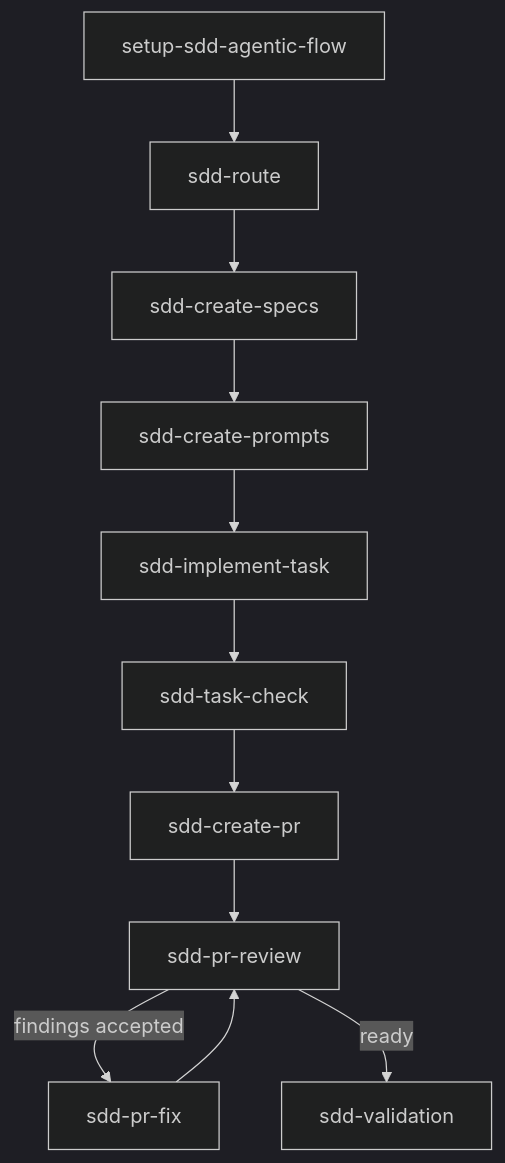
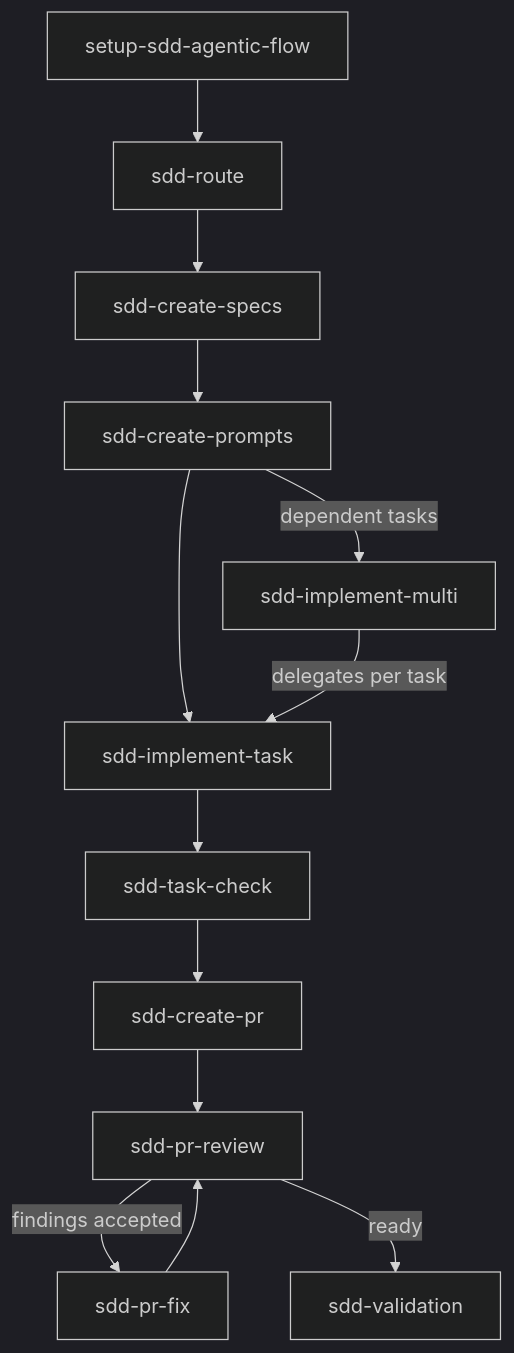
One commit to gmartins-dev/sdd-agentic-flow changed the diagram in README.md. Above: the diagram before and after it, drawn with Mermaid (dark theme). The commit also changed other lines of this file and 28 other files, not shown here.

````diff
--- a/README.md
+++ b/README.md
@@ -84,13 +87,15 @@
 ```mermaid
 flowchart TD
   setup[setup-sdd-agentic-flow] --> route[sdd-route]
   route --> specs[sdd-create-specs]
   specs --> prompts[sdd-create-prompts]
   prompts --> implement[sdd-implement-task]
+  prompts -->|dependent tasks| implementmulti[sdd-implement-multi]
+  implementmulti -->|delegates per task| implement
   implement --> check[sdd-task-check]
   check --> pr[sdd-create-pr]
   pr --> review[sdd-pr-review]
   review -->|findings accepted| fix[sdd-pr-fix]
   fix --> review
   review -->|ready| validate[sdd-validation]
 ```
````
